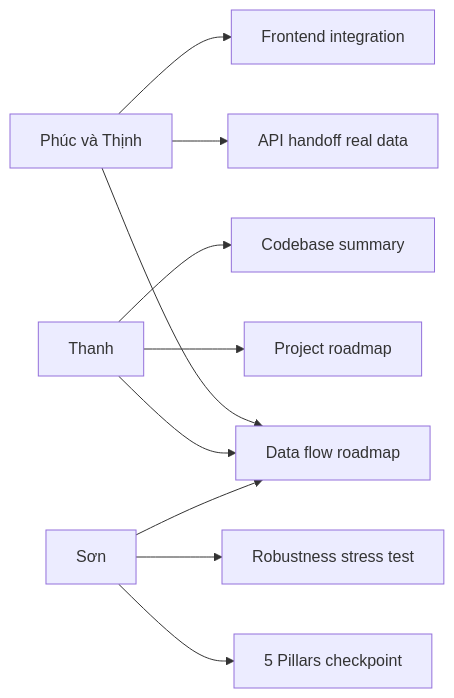
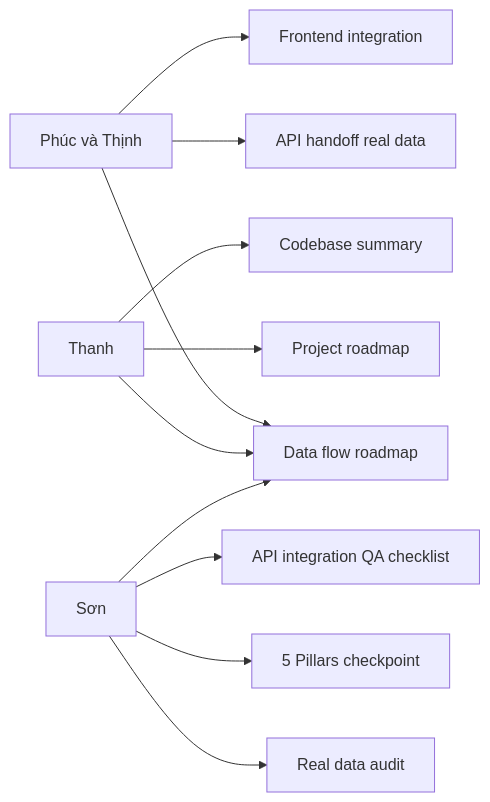
Before and after one commit to uit-25730067-chithanh/AI002-Team22-DT10: the second of 2 diagrams in docs/README.md, drawn with Mermaid. The commit also changed other lines of this file and 3 other files, not shown here.

First line of the commit message:
docs: sync roadmap with Son evaluation pack

````diff
--- a/docs/README.md
+++ b/docs/README.md
@@ -29,14 +34,15 @@
 ```mermaid
 flowchart LR
     A[Phúc và Thịnh] --> B[Data flow roadmap]
     A --> C[API handoff real data]
     A --> D[Frontend integration]
 
     E[Thanh] --> B
     E --> F[Project roadmap]
     E --> G[Codebase summary]
 
     H[Sơn] --> B
-    H --> I[5 Pillars checkpoint]
-    H --> J[Robustness stress test]
+    H --> I[Real data audit]
+    H --> J[5 Pillars checkpoint]
+    H --> K[API integration QA checklist]
 ```
````
